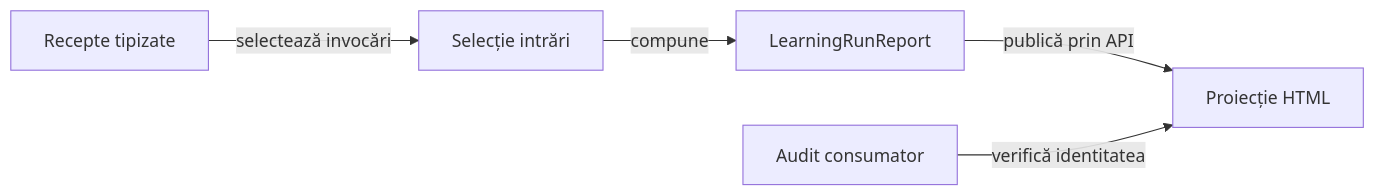
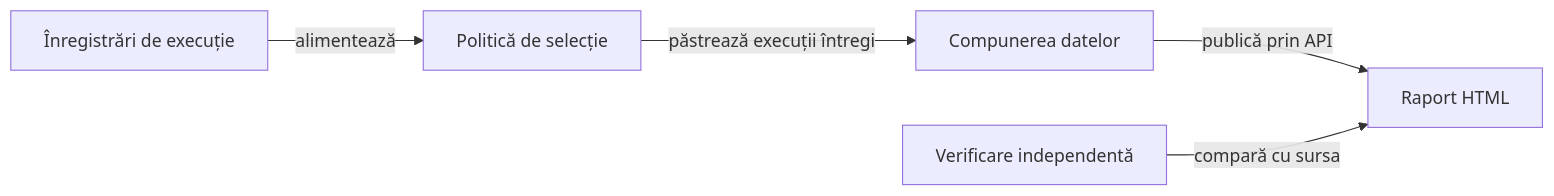
One commit to crististefanita/atf_j4 changed the diagram in atf-tests/README.md. Above: the diagram before and after it, drawn with Mermaid. The commit also changed other lines of this file and 112 other files, not shown here.

````diff
--- a/atf-tests/README.md
+++ b/atf-tests/README.md
@@ -12,7 +11,7 @@
 ```mermaid
 flowchart LR
-INPUT[Recepte tipizate] -->|selectează invocări| POLICY[Selecție intrări]
-POLICY -->|compune| REPORT[LearningRunReport]
-REPORT -->|publică prin API| HTML[Proiecție HTML]
-AUDIT[Audit consumator] -->|verifică identitatea| HTML
+INPUT[Înregistrări de execuție] -->|alimentează| POLICY[Politică de selecție]
+POLICY -->|păstrează execuții întregi| REPORT[Compunerea datelor]
+REPORT -->|publică prin API| HTML[Raport HTML]
+AUDIT[Verificare independentă] -->|compară cu sursa| HTML
 ```
````
